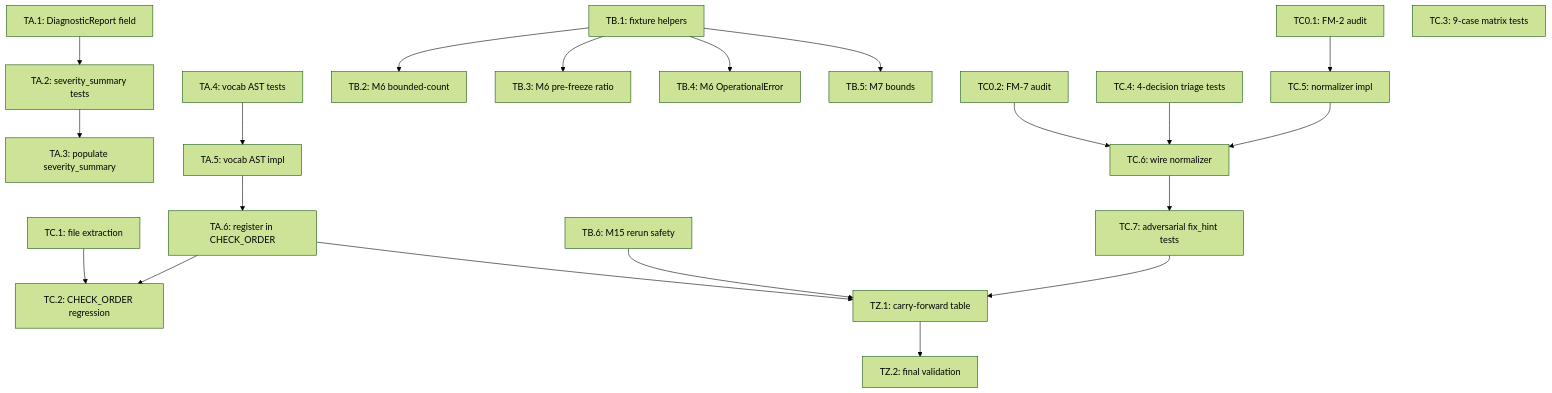
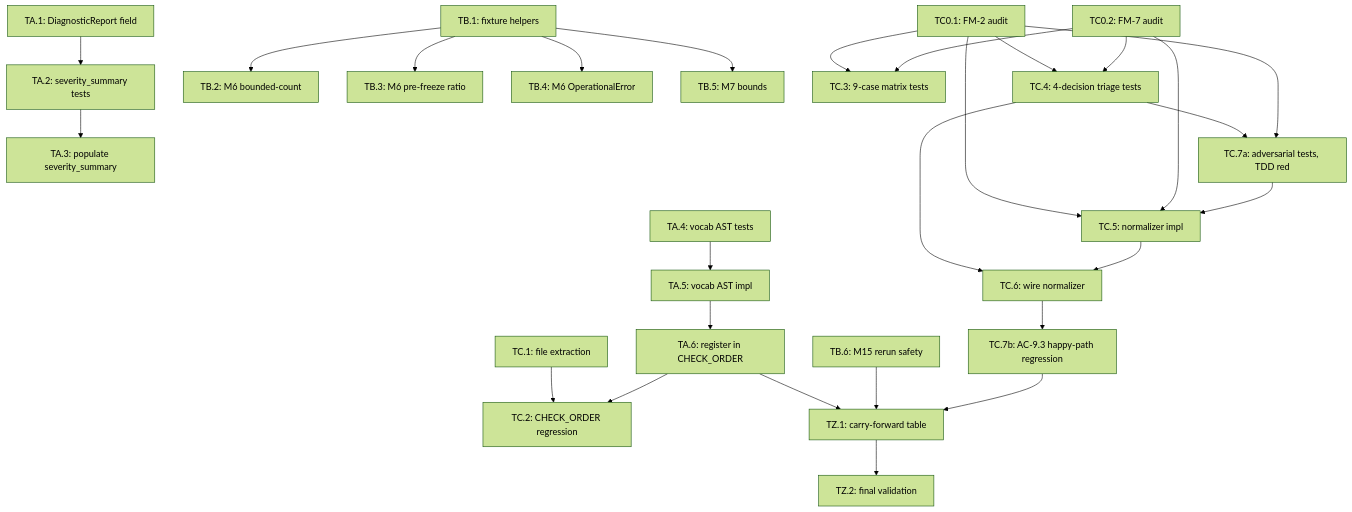
The diagram in docs/features/116-f115-qa-deferred/tasks.md (clthuang/pedantic-drip), drawn with Mermaid (forest theme) before and after one commit. The commit also changed other lines of this file, not shown here.

Commit message:
pd: tasks review iteration 2 — fix Mermaid edges + private imports + entities_db_session schema + SAVEPOINT reset

````diff
--- a/docs/features/116-f115-qa-deferred/tasks.md
+++ b/docs/features/116-f115-qa-deferred/tasks.md
@@ -378,24 +418,30 @@
 ```mermaid
 graph TD
     TA1[TA.1: DiagnosticReport field] --> TA2[TA.2: severity_summary tests]
     TA2 --> TA3[TA.3: populate severity_summary]
     TA4[TA.4: vocab AST tests] --> TA5[TA.5: vocab AST impl]
     TA5 --> TA6[TA.6: register in CHECK_ORDER]
     TB1[TB.1: fixture helpers] --> TB2[TB.2: M6 bounded-count]
     TB1 --> TB3[TB.3: M6 pre-freeze ratio]
     TB1 --> TB4[TB.4: M6 OperationalError]
     TB1 --> TB5[TB.5: M7 bounds]
     TB6[TB.6: M15 rerun safety]
     TC01[TC0.1: FM-2 audit] --> TC5[TC.5: normalizer impl]
-    TC02[TC0.2: FM-7 audit] --> TC6[TC.6: wire normalizer]
+    TC02[TC0.2: FM-7 audit] --> TC5
+    TC01 --> TC3[TC.3: 9-case matrix tests]
+    TC02 --> TC3
+    TC01 --> TC4[TC.4: 4-decision triage tests]
+    TC02 --> TC4
     TC1[TC.1: file extraction] --> TC2[TC.2: CHECK_ORDER regression]
     TA6 --> TC2
-    TC3[TC.3: 9-case matrix tests]
-    TC4[TC.4: 4-decision triage tests] --> TC6
+    TC4 --> TC7a[TC.7a: adversarial tests, TDD red]
+    TC01 --> TC7a
+    TC7a --> TC5
+    TC4 --> TC6[TC.6: wire normalizer]
     TC5 --> TC6
-    TC6 --> TC7[TC.7: adversarial fix_hint tests]
+    TC6 --> TC7b[TC.7b: AC-9.3 happy-path regression]
     TA6 --> TZ1[TZ.1: carry-forward table]
     TB6 --> TZ1
-    TC7 --> TZ1
+    TC7b --> TZ1
     TZ1 --> TZ2[TZ.2: final validation]
 ```
````
